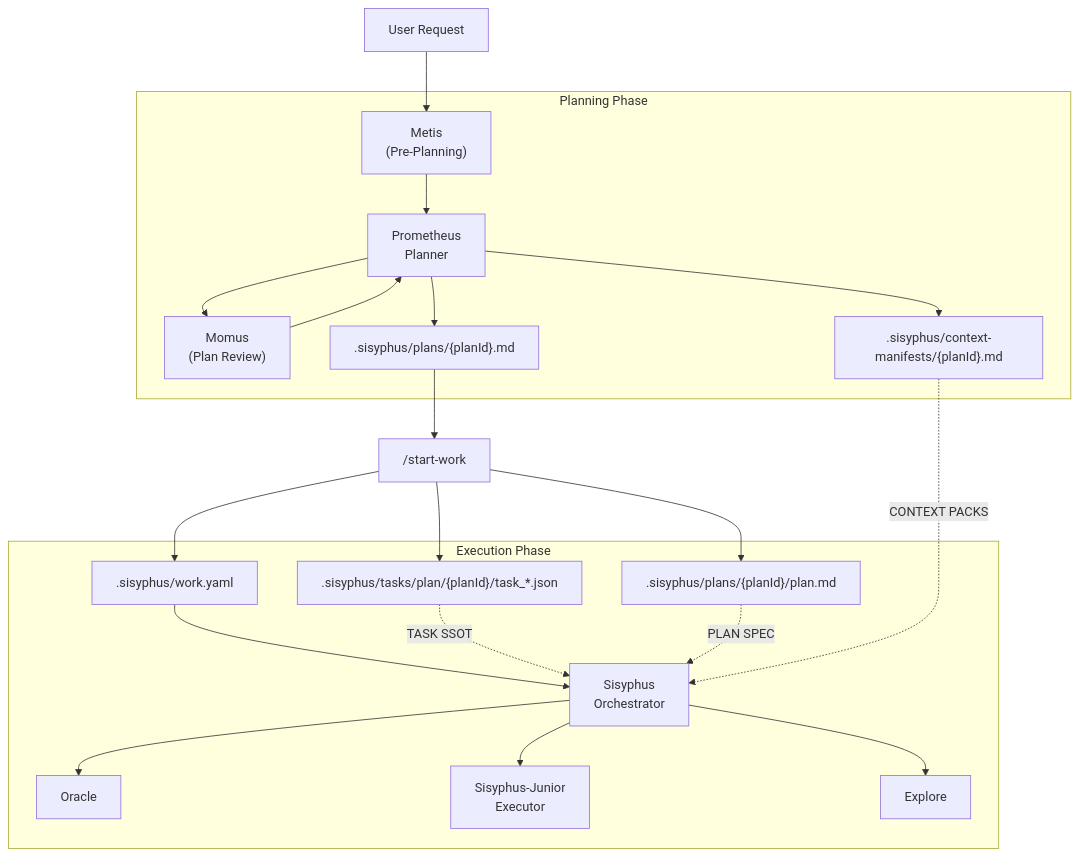
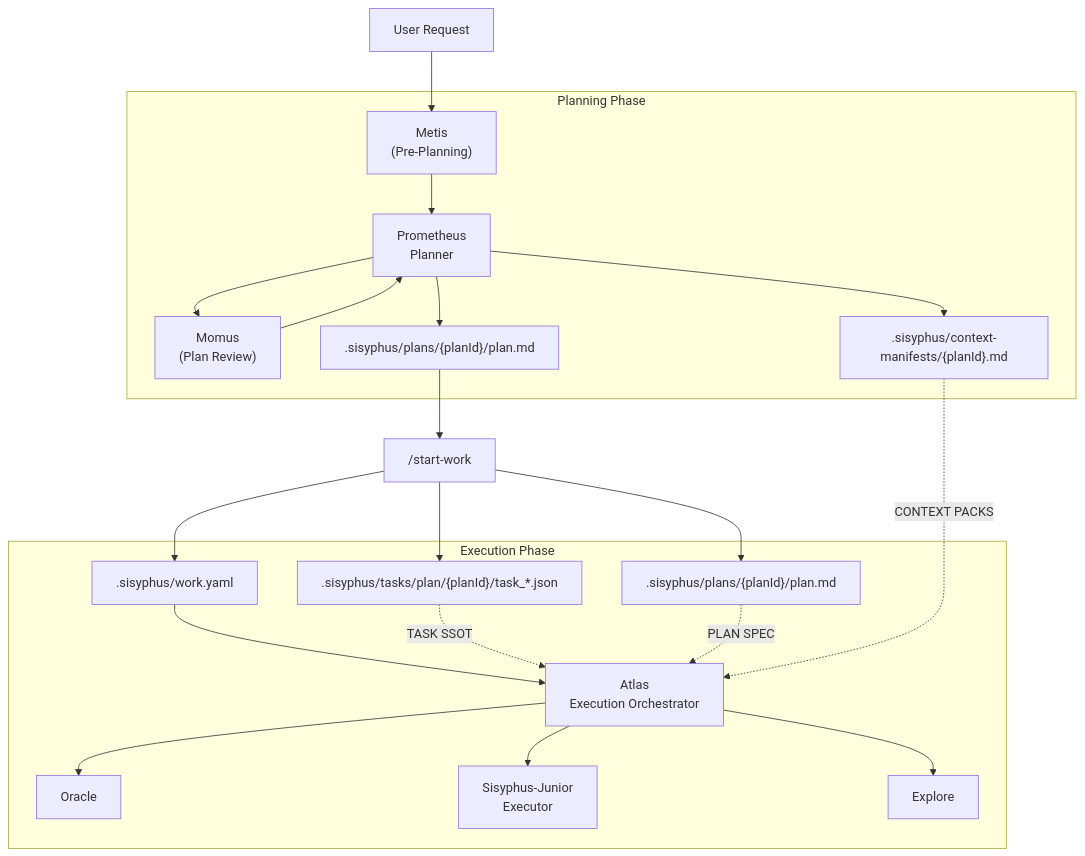
The second of 2 diagrams in docs/guide/orchestration.md (arcthur/oh-my-opencode), drawn with Mermaid before and after one commit. The commit also changed other lines of this file and 72 other files, not shown here.

First line of the commit message:
feat(execution): restore Atlas execution pipeline on SSOT

````diff
--- a/docs/guide/orchestration.md
+++ b/docs/guide/orchestration.md
@@ -41,27 +41,27 @@
 ```mermaid
 flowchart TD
     User[User Request] --> Metis
 
     subgraph Planning Phase
         Metis["Metis<br>(Pre-Planning)"] --> Prometheus["Prometheus<br>Planner"]
         Prometheus --> Momus["Momus<br>(Plan Review)"]
         Momus --> Prometheus
-        Prometheus --> PlanDraft[".sisyphus/plans/{planId}.md"]
+        Prometheus --> PlanSpec[".sisyphus/plans/{planId}/plan.md"]
         Prometheus --> ManifestFile[".sisyphus/context-manifests/{planId}.md"]
     end
 
-    PlanDraft --> StartWork["/start-work"]
+    PlanSpec --> StartWork["/start-work"]
     StartWork --> WorkState[".sisyphus/work.yaml"]
     StartWork --> ExecPlan[".sisyphus/plans/{planId}/plan.md"]
     StartWork --> TaskGraph[".sisyphus/tasks/plan/{planId}/task_*.json"]
 
     subgraph Execution Phase
-        WorkState --> Sisyphus[Sisyphus<br>Orchestrator]
-        TaskGraph -.-> |"TASK SSOT"| Sisyphus
-        ExecPlan -.-> |"PLAN SPEC"| Sisyphus
-        ManifestFile -.-> |"CONTEXT PACKS"| Sisyphus
-        Sisyphus --> Oracle[Oracle]
-        Sisyphus --> Junior["Sisyphus-Junior<br>Executor"]
-        Sisyphus --> Explore[Explore]
+        WorkState --> Atlas[Atlas<br>Execution Orchestrator]
+        TaskGraph -.-> |"TASK SSOT"| Atlas
+        ExecPlan -.-> |"PLAN SPEC"| Atlas
+        ManifestFile -.-> |"CONTEXT PACKS"| Atlas
+        Atlas --> Oracle[Oracle]
+        Atlas --> Junior["Sisyphus-Junior<br>Executor"]
+        Atlas --> Explore[Explore]
     end
 ```
````
